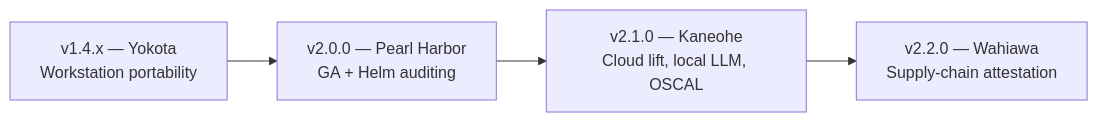
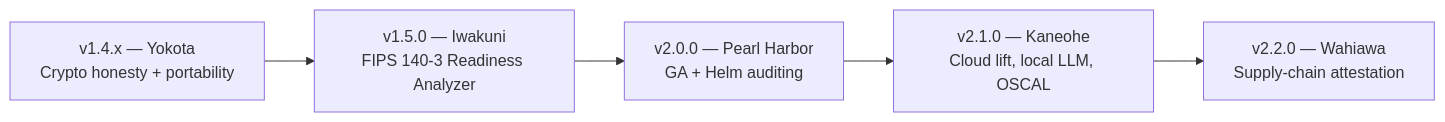
One commit to eodartintlabs-hue/grc-xmini-public changed the diagram in hygiene/ROADMAP.md. Above: the diagram before and after it, drawn with Mermaid. The commit also changed other lines of this file and 50 other files, not shown here.

Commit message:
Release v1.4.5 (Yokota): FIPS 140-3 Phase 0 catalog honesty, SC-13 remapping, and verification separation

````diff
--- a/hygiene/ROADMAP.md
+++ b/hygiene/ROADMAP.md
@@ -30,6 +30,7 @@
 ```mermaid
 flowchart LR
-    A["v1.4.x — Yokota<br/>Workstation portability"] --> B["v2.0.0 — Pearl Harbor<br/>GA + Helm auditing"]
+    A["v1.4.x — Yokota<br/>Crypto honesty + portability"] --> I["v1.5.0 — Iwakuni<br/>FIPS 140-3 Readiness Analyzer"]
+    I --> B["v2.0.0 — Pearl Harbor<br/>GA + Helm auditing"]
     B --> C["v2.1.0 — Kaneohe<br/>Cloud lift, local LLM, OSCAL"]
     C --> D["v2.2.0 — Wahiawa<br/>Supply-chain attestation"]
 ```
````
